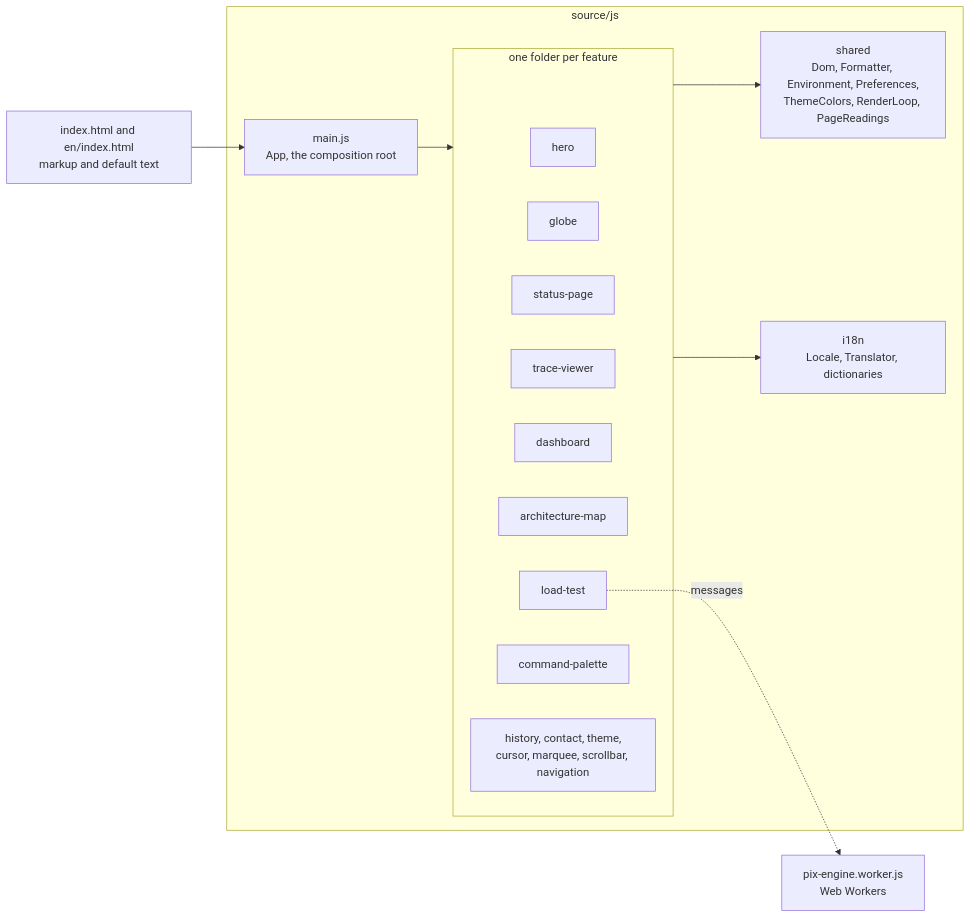
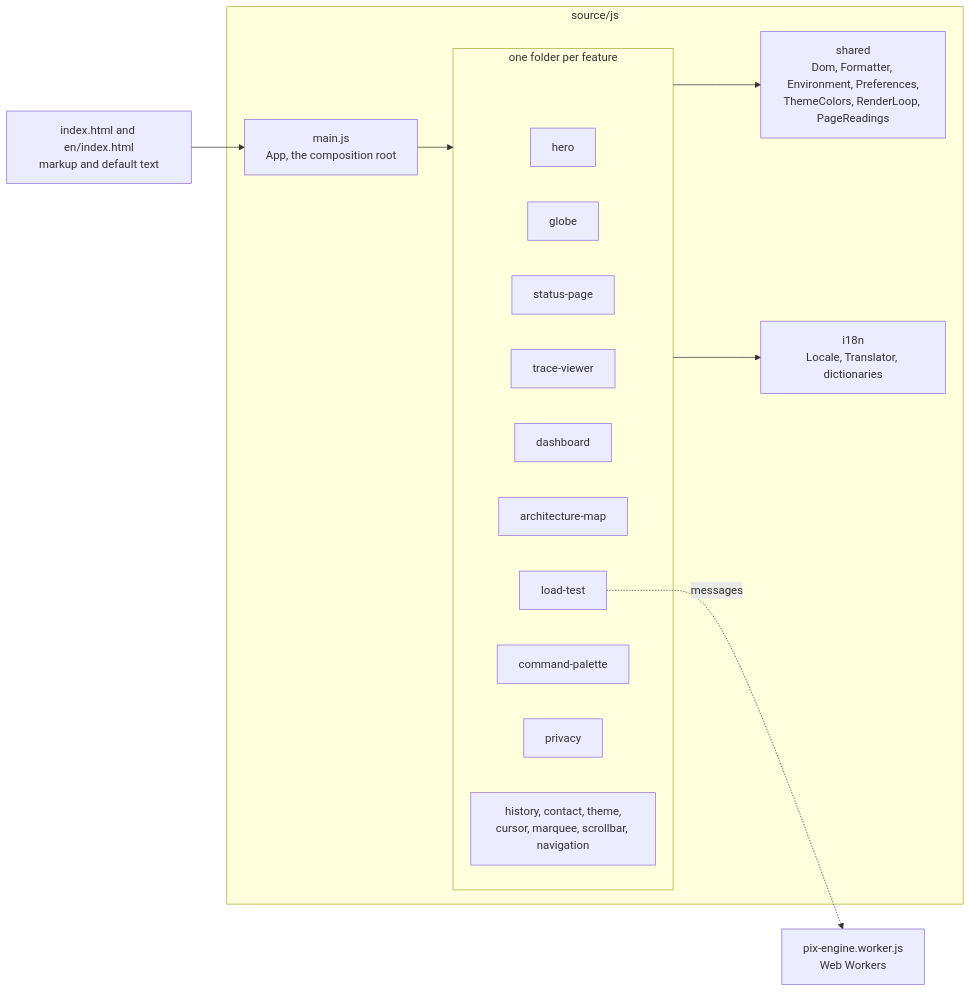
The first of 2 diagrams in docs/architecture.md (GustavoEklund/eklund.com.br), drawn with Mermaid before and after one commit. The commit also changed other lines of this file and 53 other files, not shown here.

````diff
--- a/docs/architecture.md
+++ b/docs/architecture.md
@@ -9,24 +9,25 @@
 ```mermaid
 flowchart LR
   html["index.html and en/index.html<br/>markup and default text"] --> main
   subgraph js["source/js"]
     main["main.js<br/>App, the composition root"]
     subgraph features["one folder per feature"]
       hero["hero"]
       globe["globe"]
       status["status-page"]
       trace["trace-viewer"]
       dashboard["dashboard"]
       map["architecture-map"]
       load["load-test"]
       palette["command-palette"]
+      privacy["privacy"]
       more["history, contact, theme,<br/>cursor, marquee, scrollbar, navigation"]
     end
     shared["shared<br/>Dom, Formatter, Environment, Preferences,<br/>ThemeColors, RenderLoop, PageReadings"]
     i18n["i18n<br/>Locale, Translator, dictionaries"]
   end
   main --> features
   features --> shared
   features --> i18n
   load -. "messages" .-> worker["pix-engine.worker.js<br/>Web Workers"]
 ```
````
